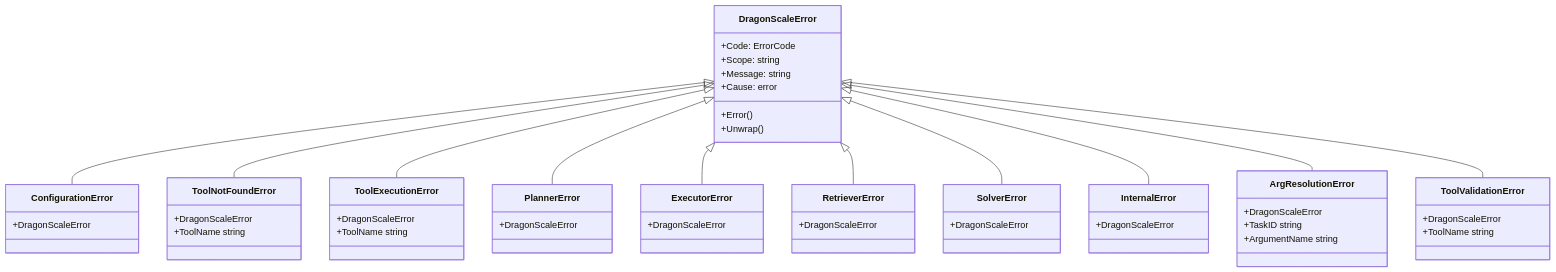
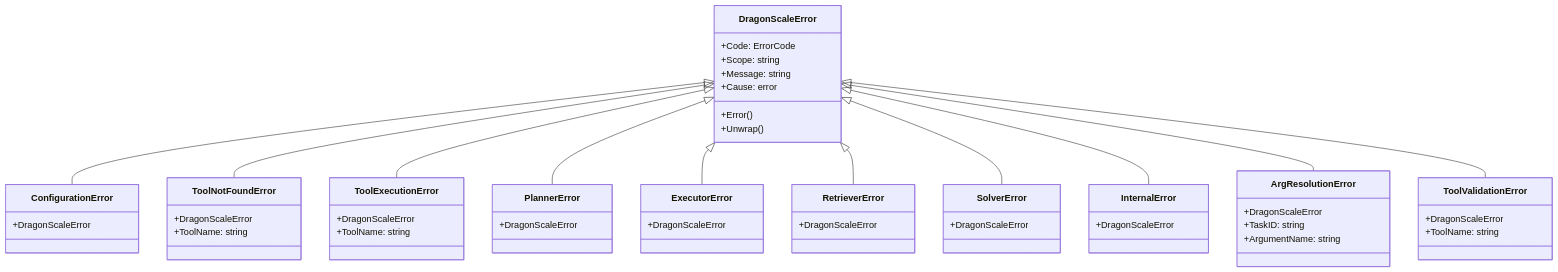
One commit to ZanzyTHEbar/dragonscale-genkit changed the fifth of 8 diagrams in architecture.md. Above: the diagram before and after it, drawn with Mermaid. The commit also changed other lines of this file, not shown here.

Commit message:
fix: Correct syntax for type annotations in error classes and event bus methods

````diff
--- a/architecture.md
+++ b/architecture.md
@@ -183,67 +183,67 @@
 ```mermaid
 classDiagram
     class DragonScaleError {
         +Code: ErrorCode
         +Scope: string
         +Message: string
         +Cause: error
         +Error()
         +Unwrap()
     }
     
     class ConfigurationError {
         +DragonScaleError
     }
     
     class ToolNotFoundError {
         +DragonScaleError
-        +ToolName string
+        +ToolName: string
     }
     
     class ToolExecutionError {
         +DragonScaleError
-        +ToolName string
+        +ToolName: string
     }
     
     class PlannerError {
         +DragonScaleError
     }
     
     class ExecutorError {
         +DragonScaleError
     }
     
     class RetrieverError {
         +DragonScaleError
     }
     
     class SolverError {
         +DragonScaleError
     }
     
     class InternalError {
         +DragonScaleError
     }
     
     class ArgResolutionError {
         +DragonScaleError
-        +TaskID string
-        +ArgumentName string
+        +TaskID: string
+        +ArgumentName: string
     }
     
     class ToolValidationError {
         +DragonScaleError
-        +ToolName string
+        +ToolName: string
     }
     
     DragonScaleError <|-- ConfigurationError
     DragonScaleError <|-- ToolNotFoundError
     DragonScaleError <|-- ToolExecutionError
     DragonScaleError <|-- PlannerError
     DragonScaleError <|-- ExecutorError
     DragonScaleError <|-- RetrieverError
     DragonScaleError <|-- SolverError
     DragonScaleError <|-- InternalError
     DragonScaleError <|-- ArgResolutionError
     DragonScaleError <|-- ToolValidationError
 ```
````
